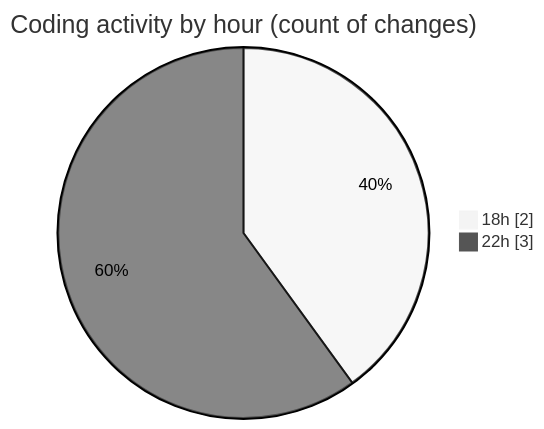
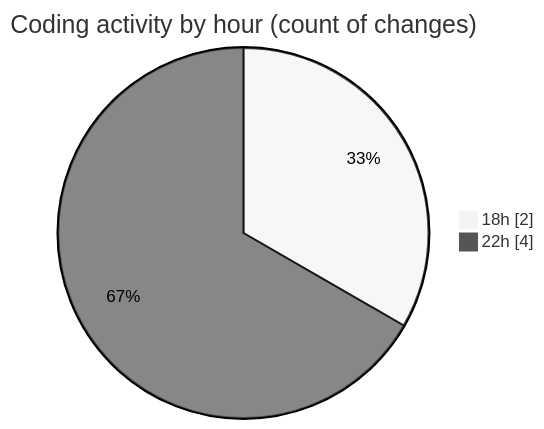
The second of 2 diagrams in 2025-11-17/cdp_aleoudev_fr__workspace_/README.md (julien-gomy/code-tracking), drawn with Mermaid (neutral theme) before and after one commit. The commit also changed other lines of this file and 1 other file, not shown here.

````diff
--- a/2025-11-17/cdp_aleoudev_fr__workspace_/README.md
+++ b/2025-11-17/cdp_aleoudev_fr__workspace_/README.md
@@ -30,6 +31,6 @@
 ```mermaid
 pie showData
 title Coding activity by hour (count of changes)
 "18h" : 2
-"22h" : 3
+"22h" : 4
 ```
````
